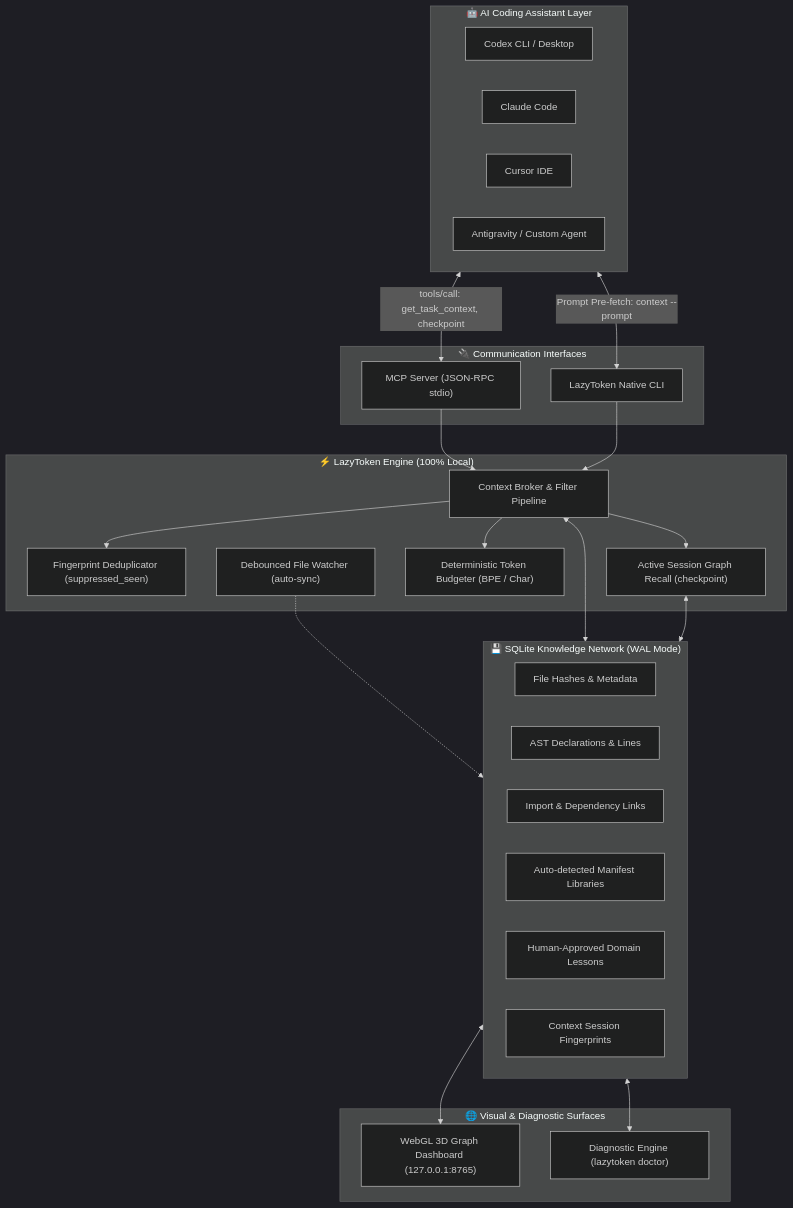
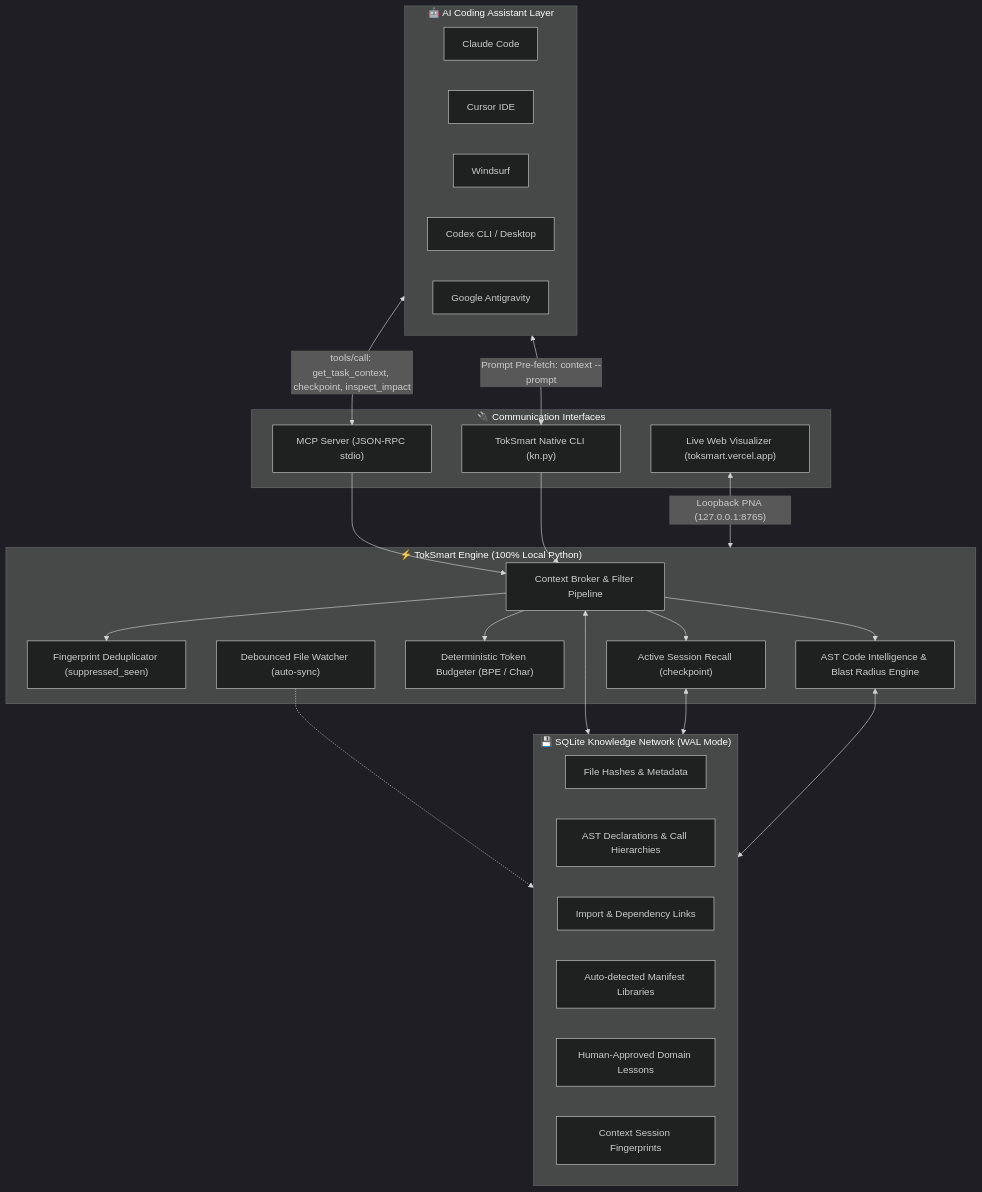
One commit to ArshitGupta01/LazyToken changed the diagram in README.md. Above: the diagram before and after it, drawn with Mermaid (dark theme). The commit also changed other lines of this file and 16 other files, not shown here.

Commit message:
docs: overhaul README with badass TokSmart branding and purge repo clutter

````diff
--- a/README.md
+++ b/README.md
@@ -66,52 +98,51 @@
 ```mermaid
 flowchart TD
     subgraph ClientLayer["🤖 AI Coding Assistant Layer"]
-        Codex["Codex CLI / Desktop"]
         Claude["Claude Code"]
         Cursor["Cursor IDE"]
-        Antigravity["Antigravity / Custom Agent"]
+        Windsurf["Windsurf"]
+        Codex["Codex CLI / Desktop"]
+        Antigravity["Google Antigravity"]
     end
 
     subgraph IntegrationLayer["🔌 Communication Interfaces"]
         MCP["MCP Server (JSON-RPC stdio)"]
-        CLI["LazyToken Native CLI"]
+        CLI["TokSmart Native CLI (kn.py)"]
+        WebUI["Live Web Visualizer (toksmart.vercel.app)"]
     end
 
-    subgraph CoreEngine["⚡ LazyToken Engine (100% Local)"]
+    subgraph CoreEngine["⚡ TokSmart Engine (100% Local Python)"]
         Broker["Context Broker & Filter Pipeline"]
         Deduper["Fingerprint Deduplicator (suppressed_seen)"]
-        Recall["Active Session Graph Recall (checkpoint)"]
+        Recall["Active Session Recall (checkpoint)"]
         Budgeter["Deterministic Token Budgeter (BPE / Char)"]
+        ASTEngine["AST Code Intelligence & Blast Radius Engine"]
         Watcher["Debounced File Watcher (auto-sync)"]
     end
 
     subgraph StorageLayer["💾 SQLite Knowledge Network (WAL Mode)"]
         Files["File Hashes & Metadata"]
-        Symbols["AST Declarations & Lines"]
+        Symbols["AST Declarations & Call Hierarchies"]
         Imports["Import & Dependency Links"]
         Frameworks["Auto-detected Manifest Libraries"]
         Lessons["Human-Approved Domain Lessons"]
         Sessions["Context Session Fingerprints"]
     end
 
-    subgraph VisualLayer["🌐 Visual & Diagnostic Surfaces"]
-        Dashboard["WebGL 3D Graph Dashboard (127.0.0.1:8765)"]
-        Doctor["Diagnostic Engine (lazytoken doctor)"]
-    end
-
-    ClientLayer <-->|"tools/call: get_task_context, checkpoint"| MCP
+    ClientLayer <-->|"tools/call: get_task_context, checkpoint, inspect_impact"| MCP
     ClientLayer <-->|"Prompt Pre-fetch: context --prompt"| CLI
+    WebUI <-->|"Loopback PNA (127.0.0.1:8765)"| CoreEngine
 
     MCP --> Broker
     CLI --> Broker
 
     Broker --> Deduper
     Broker --> Recall
     Broker --> Budgeter
+    Broker --> ASTEngine
     Watcher -.-> StorageLayer
 
     Broker <--> StorageLayer
     Recall <--> StorageLayer
-    StorageLayer <--> Dashboard
-    StorageLayer <--> Doctor
+    ASTEngine <--> StorageLayer
 ```
````
